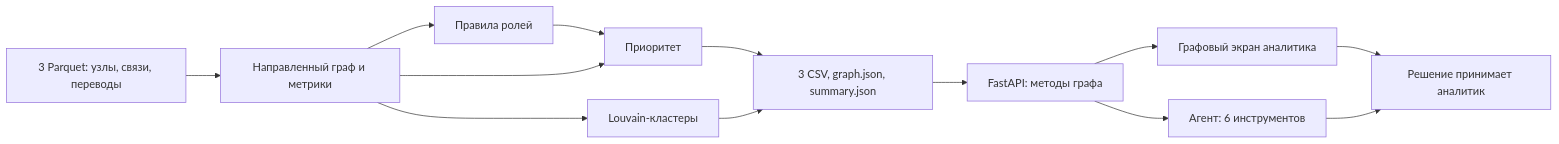
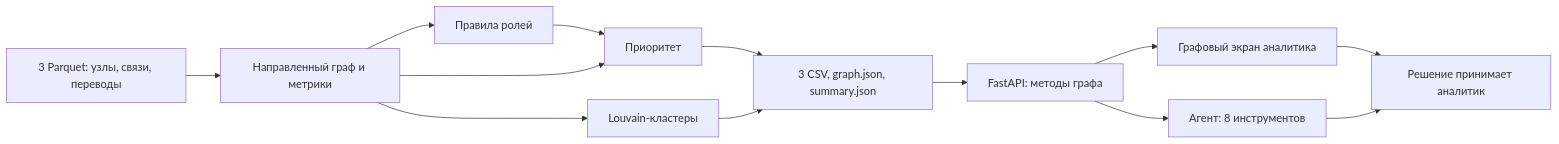
Before and after one commit to BAITC-Hacks/hack-b18c30d4-kazhydromet-ai: the diagram in README.md, drawn with Mermaid. The commit also changed other lines of this file and 20 other files, not shown here.

````diff
--- a/README.md
+++ b/README.md
@@ -413,15 +446,15 @@
 ```mermaid
 flowchart LR
     A[3 Parquet: узлы, связи, переводы] --> B[Направленный граф и метрики]
     B --> C[Правила ролей]
     B --> D[Louvain-кластеры]
     C --> E[Приоритет]
     B --> E
     E --> F[3 CSV, graph.json, summary.json]
     D --> F
     F --> G[FastAPI: методы графа]
     G --> H[Графовый экран аналитика]
-    G --> I[Агент: 6 инструментов]
+    G --> I[Агент: 8 инструментов]
     H --> J[Решение принимает аналитик]
     I --> J
 ```
````
